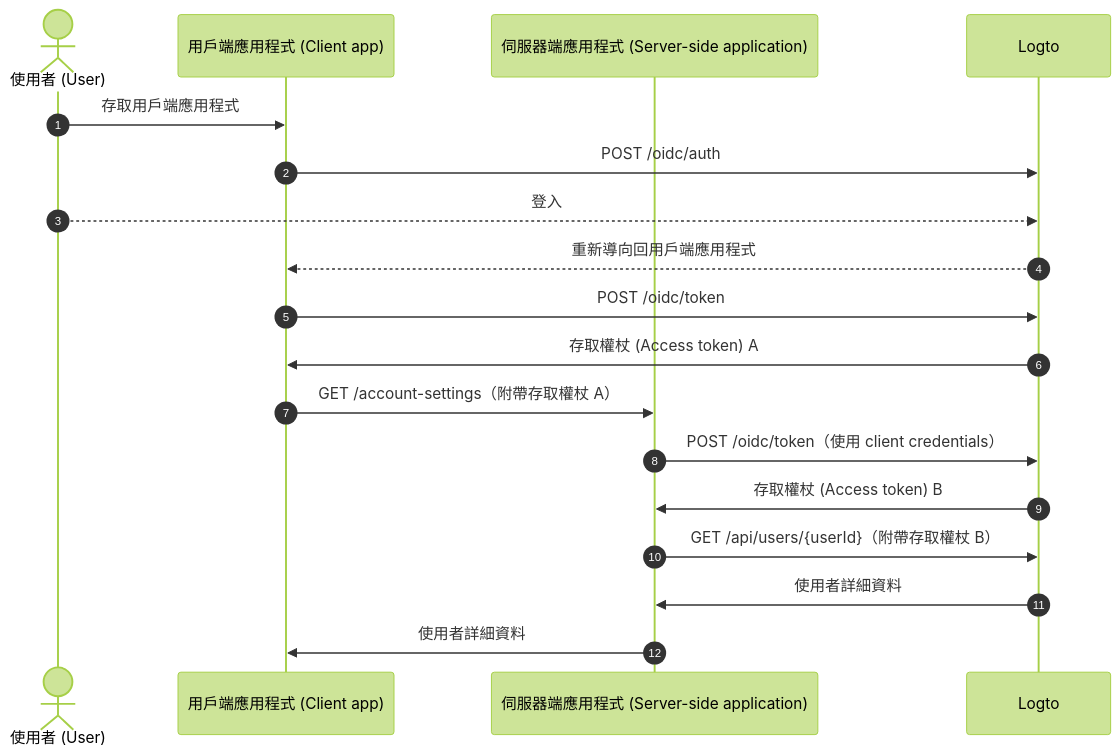
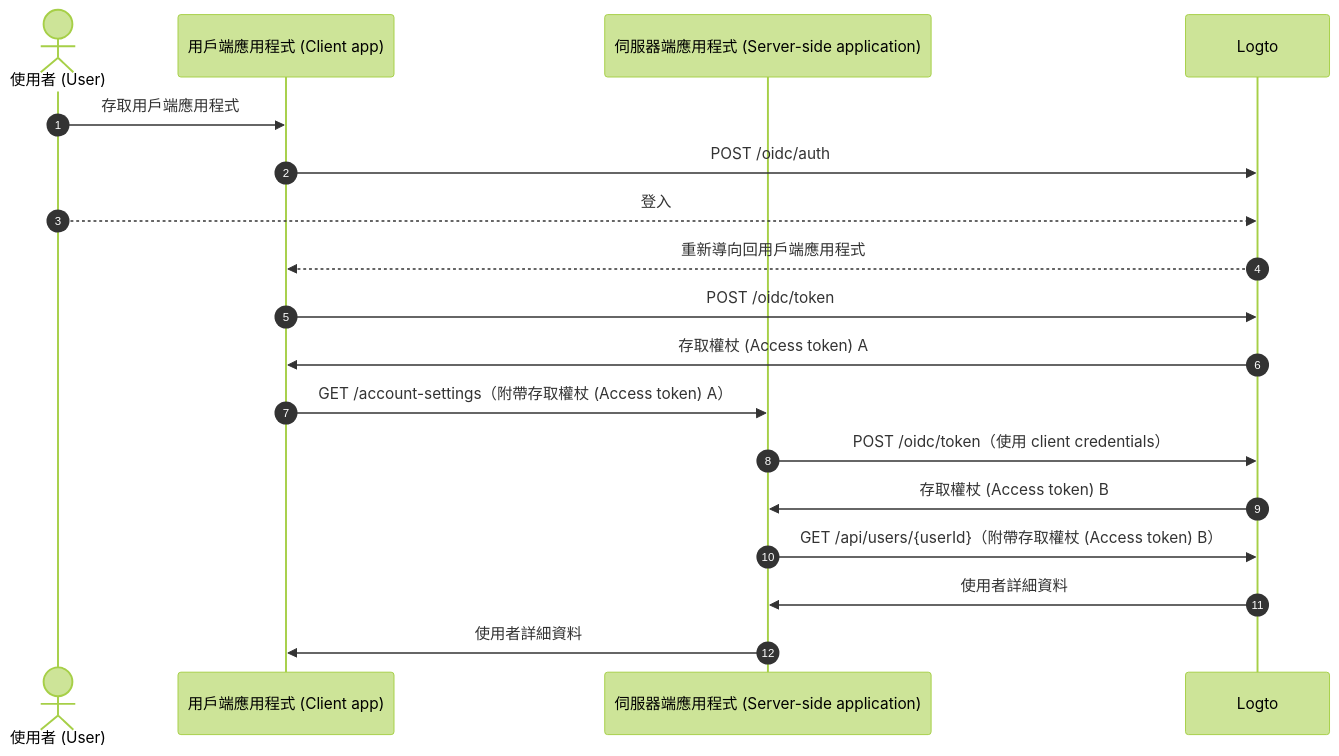
One commit to logto-io/docs changed the second of 3 diagrams in i18n/zh-TW/docusaurus-plugin-content-docs/current/end-user-flows/account-settings/by-management-api.mdx. Above: the diagram before and after it, drawn with Mermaid (forest theme). The commit also changed other lines of this file and 74 other files, not shown here.

````diff
--- a/i18n/zh-TW/docusaurus-plugin-content-docs/current/end-user-flows/account-settings/by-management-api.mdx
+++ b/i18n/zh-TW/docusaurus-plugin-content-docs/current/end-user-flows/account-settings/by-management-api.mdx
@@ -27,21 +27,21 @@
 ```mermaid
   sequenceDiagram
     autonumber
     actor User as 使用者 (User)
     participant Client as 用戶端應用程式 (Client app)
     participant Server as 伺服器端應用程式 (Server-side application)
     participant Logto as Logto
 
     User ->> Client: 存取用戶端應用程式
     Client ->> Logto: POST /oidc/auth
     User -->> Logto: 登入
     Logto -->> Client: 重新導向回用戶端應用程式
     Client ->> Logto: POST /oidc/token
     Logto ->> Client: 存取權杖 (Access token) A
-    Client ->> Server: GET /account-settings（附帶存取權杖 A）
+    Client ->> Server: GET /account-settings（附帶存取權杖 (Access token) A）
     Server ->> Logto: POST /oidc/token（使用 client credentials）
     Logto ->> Server: 存取權杖 (Access token) B
-    Server ->> Logto: GET /api/users/{userId}（附帶存取權杖 B）
+    Server ->> Logto: GET /api/users/{userId}（附帶存取權杖 (Access token) B）
     Logto ->> Server: 使用者詳細資料
     Server ->> Client: 使用者詳細資料
 ```
````
